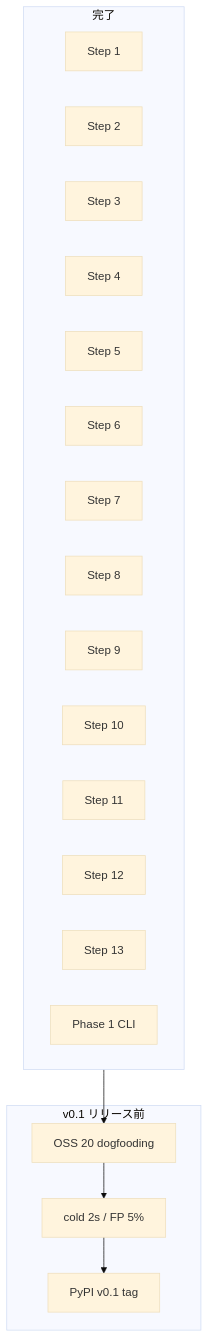
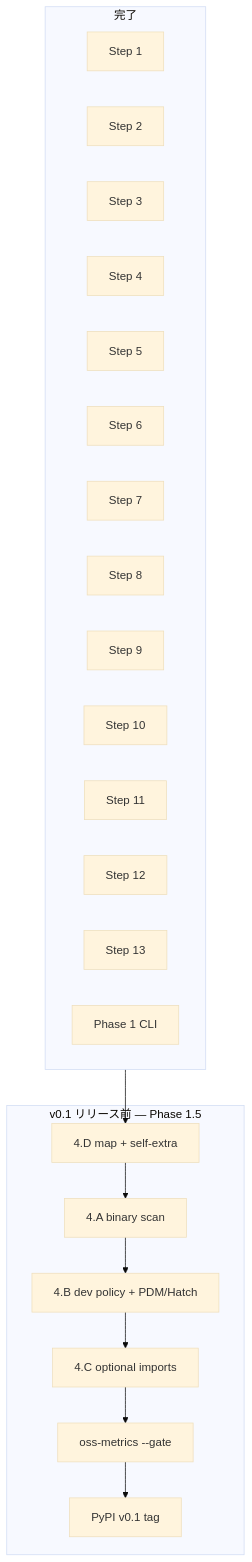
Before and after one commit to watany-dev/chokkin: the diagram in docs/dev/plans/README.md, drawn with Mermaid (base theme). The commit also changed other lines of this file and 2 other files, not shown here.

First line of the commit message:
docs: add Phase 1.5 FP remediation implementation plan

````diff
--- a/docs/dev/plans/README.md
+++ b/docs/dev/plans/README.md
@@ -39,29 +40,35 @@
 ```mermaid
 flowchart TB
   subgraph done [完了]
     S1[Step 1]
     S2[Step 2]
     S3[Step 3]
     S4[Step 4]
     S5[Step 5]
     S6[Step 6]
     S7[Step 7]
     S8[Step 8]
     S9[Step 9]
     S10[Step 10]
     S11[Step 11]
     S12[Step 12]
     S13[Step 13]
     P1[Phase 1 CLI]
   end
 
-  subgraph remaining [v0.1 リリース前]
-    OSS[OSS 20 dogfooding]
-    PERF[cold 2s / FP 5%]
+  subgraph remaining [v0.1 リリース前 — Phase 1.5]
+    P15A[4.D map + self-extra]
+    P15B[4.A binary scan]
+    P15C[4.B dev policy + PDM/Hatch]
+    P15D[4.C optional imports]
+    GATE[oss-metrics --gate]
     TAG[PyPI v0.1 tag]
   end
 
-  done --> OSS
-  OSS --> PERF
-  PERF --> TAG
+  done --> P15A
+  P15A --> P15B
+  P15B --> P15C
+  P15C --> P15D
+  P15D --> GATE
+  GATE --> TAG
 ```
````
